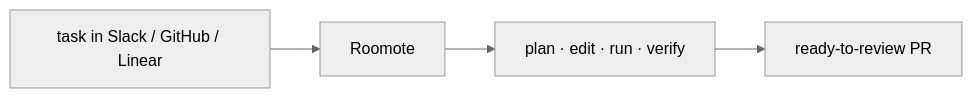
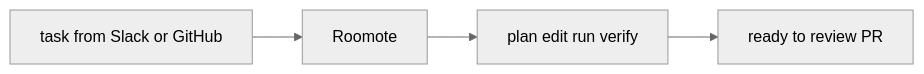
Before and after one commit to CodeCompose7/awesome-ai-stack: the diagram in src/content/stacks/en/roomote.mdx, drawn with Mermaid (neutral theme). The commit also changed 1 other file, not shown here.

Commit message:
fix(stacks): use plain labels in the Roomote mermaid diagram
The diagram failed to parse (MermaidLoader left the raw source visible,
overlapping). Quoting didn't help — MDX escapes the quotes to &quot;. Rewrite
the labels with plain text (no slashes, middots, quotes, or hyphens), matching
the diagrams that render correctly.

````diff
--- a/src/content/stacks/en/roomote.mdx
+++ b/src/content/stacks/en/roomote.mdx
@@ -19,6 +19,6 @@
 ```mermaid
 flowchart LR
-  task["task in Slack / GitHub / Linear"] --> roomote[Roomote]
-  roomote --> work[plan · edit · run · verify]
-  work --> pr[ready-to-review PR]
+  task[task from Slack or GitHub] --> roomote[Roomote]
+  roomote --> work[plan edit run verify]
+  work --> pr[ready to review PR]
 ```
````
